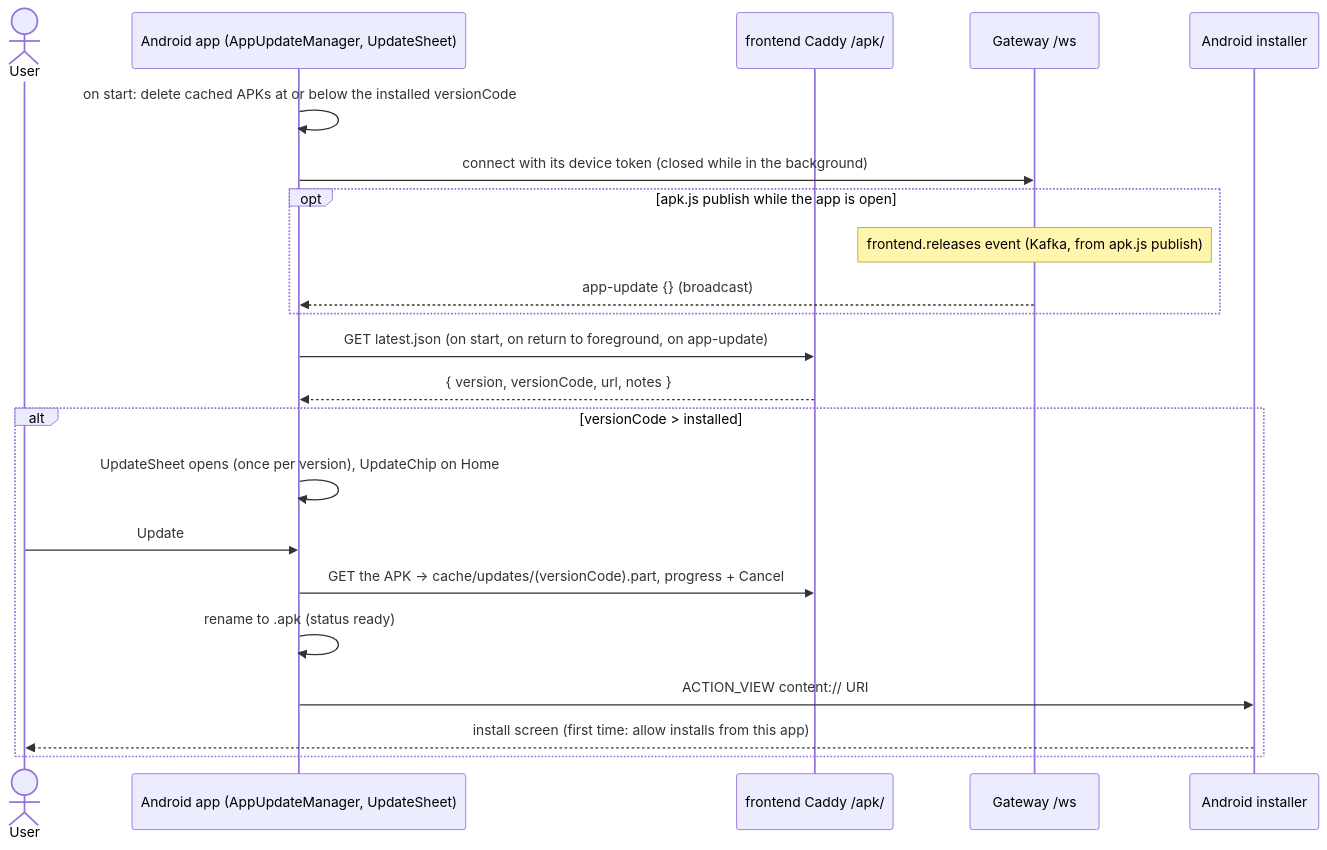
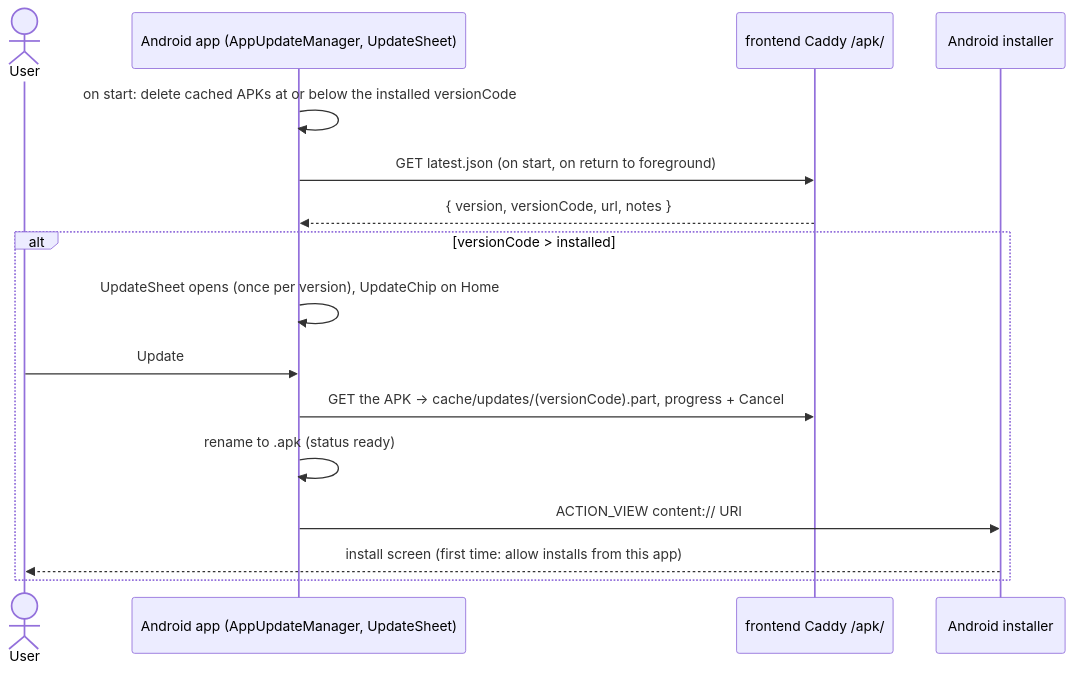
One commit to LidorElmakaies/personal-copilot changed the tenth of 10 diagrams in docs/specs/architecture.md. Above: the diagram before and after it, drawn with Mermaid. The commit also changed other lines of this file and 21 other files, not shown here.

````diff
--- a/docs/specs/architecture.md
+++ b/docs/specs/architecture.md
@@ -343,25 +346,19 @@
 ```mermaid
 sequenceDiagram
     actor User
     participant App as Android app (AppUpdateManager, UpdateSheet)
     participant Reg as frontend Caddy /apk/
-    participant Gateway as Gateway /ws
     participant Android as Android installer
 
     App->>App: on start: delete cached APKs at or below the installed versionCode
-    App->>Gateway: connect with its device token (closed while in the background)
-    opt apk.js publish while the app is open
-        Note over Gateway: frontend.releases event (Kafka, from apk.js publish)
-        Gateway-->>App: app-update {} (broadcast)
-    end
-    App->>Reg: GET latest.json (on start, on return to foreground, on app-update)
+    App->>Reg: GET latest.json (on start, on return to foreground)
     Reg-->>App: { version, versionCode, url, notes }
     alt versionCode > installed
         App->>App: UpdateSheet opens (once per version), UpdateChip on Home
         User->>App: Update
         App->>Reg: GET the APK → cache/updates/(versionCode).part, progress + Cancel
         App->>App: rename to .apk (status ready)
         App->>Android: ACTION_VIEW content:// URI
         Android-->>User: install screen (first time: allow installs from this app)
     end
 ```
````
